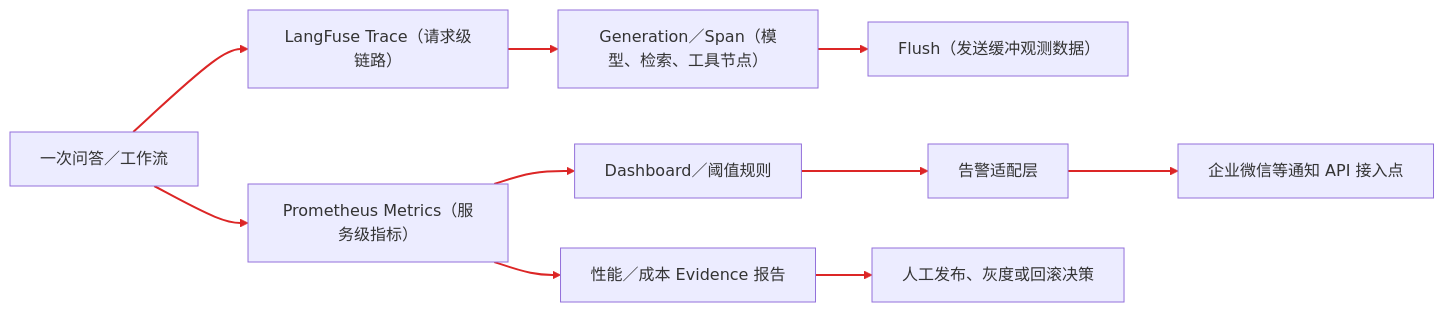
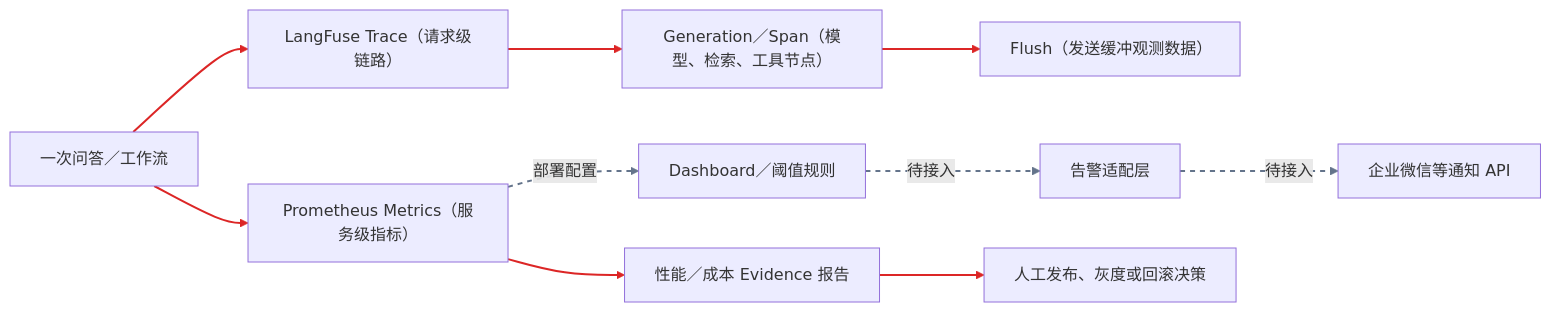
Before and after one commit to monstereatai/RAG: diagram 24 of 29 in docs/interview/功能步骤流程.md, drawn with Mermaid. The commit also changed other lines of this file and 37 other files, not shown here.

````diff
--- a/docs/interview/功能步骤流程.md
+++ b/docs/interview/功能步骤流程.md
@@ -938,13 +1060,14 @@
 ```mermaid
 flowchart LR
   A[一次问答／工作流] --> B[LangFuse Trace（请求级链路）]
   B --> C[Generation／Span（模型、检索、工具节点）]
   C --> D[Flush（发送缓冲观测数据）]
   A --> E[Prometheus Metrics（服务级指标）]
-  E --> F[Dashboard／阈值规则]
-  F --> G[告警适配层]
-  G --> H[企业微信等通知 API 接入点]
+  E -. 部署配置 .-> F[Dashboard／阈值规则]
+  F -. 待接入 .-> G[告警适配层]
+  G -. 待接入 .-> H[企业微信等通知 API]
   E --> I[性能／成本 Evidence 报告]
   I --> J[人工发布、灰度或回滚决策]
-  linkStyle 0,1,2,3,4,5,6,7,8 stroke:#dc2626,stroke-width:2px
+  linkStyle 0,1,2,3,7,8 stroke:#dc2626,stroke-width:2px
+  linkStyle 4,5,6 stroke:#64748b,stroke-width:2px,stroke-dasharray:5 5
 ```
````
